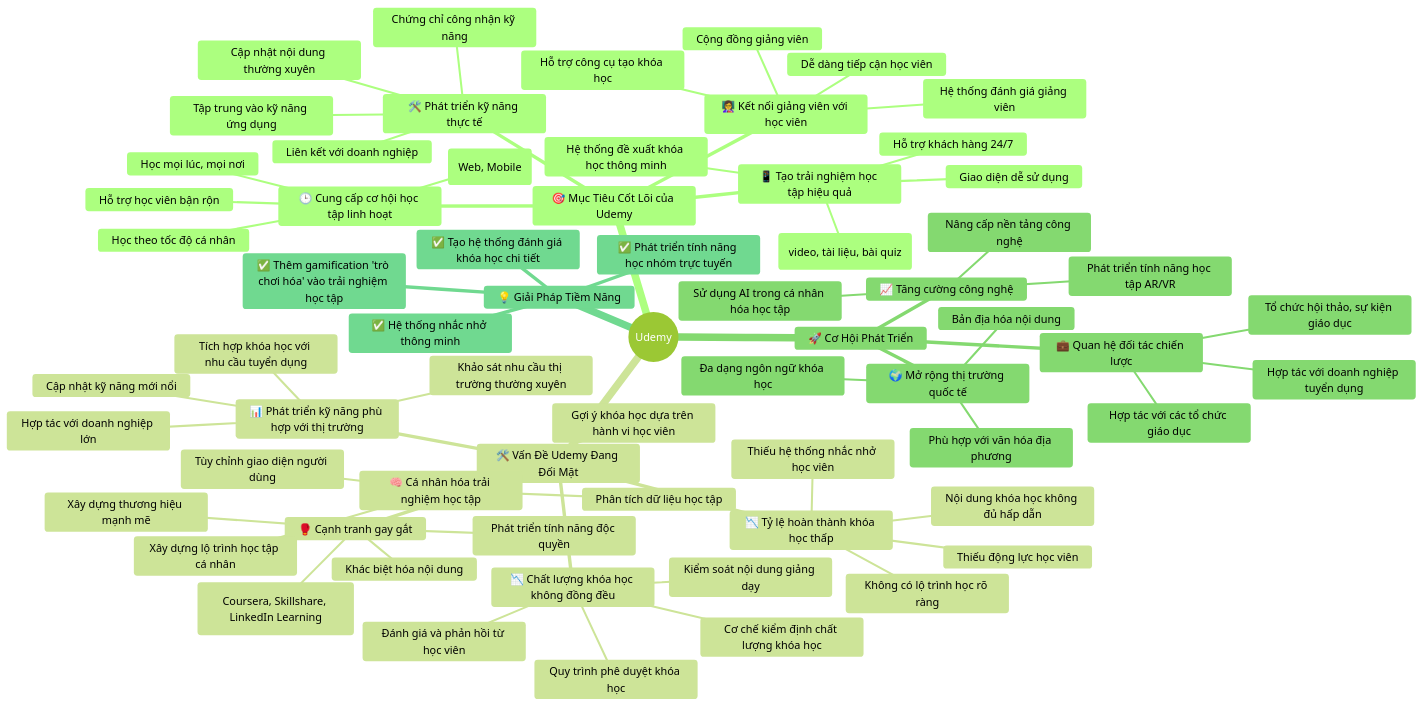
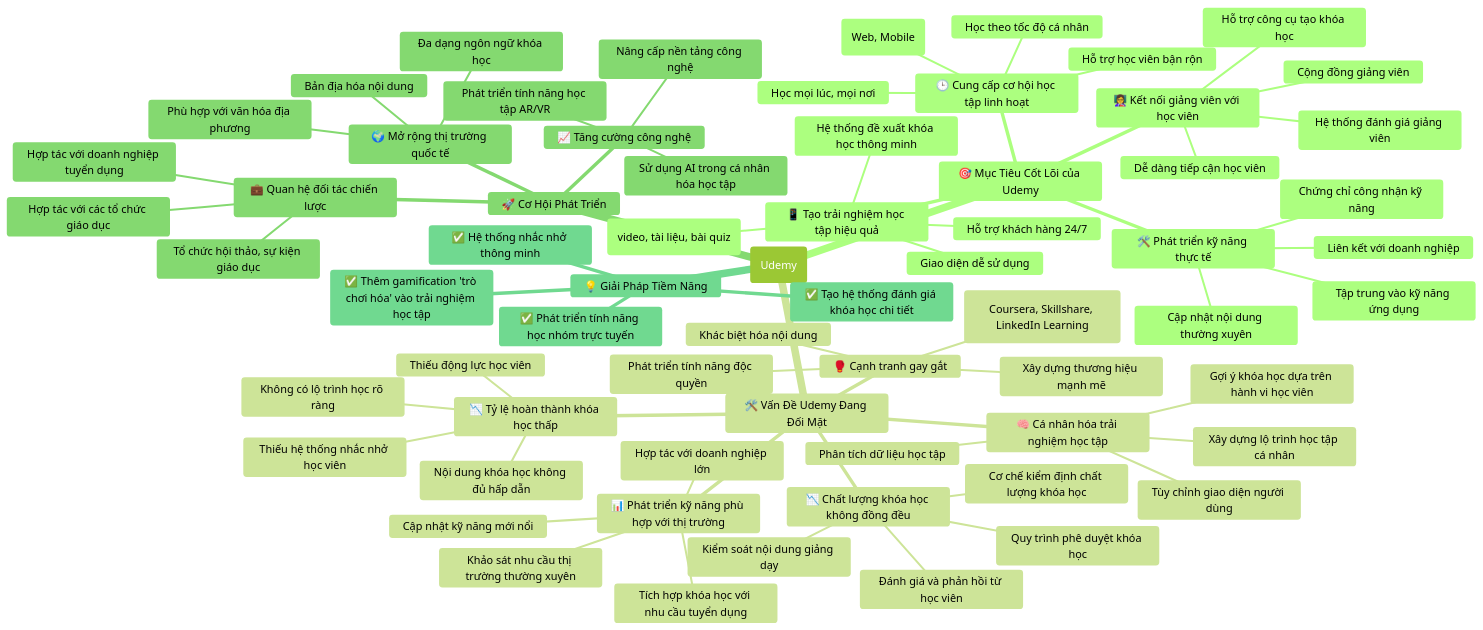
The diagram in docs/designsprintkit/03-Udemy/sprint-01/01-Understand.mmd (qtvhao/quickcurl), drawn with Mermaid (forest theme) before and after one commit. The commit also changed 22 other files, not shown here.

Commit message:
Enhance problem framing documentation with improved examples and add root cause analysis flowcharts

```diff
--- a/docs/designsprintkit/03-Udemy/sprint-01/01-Understand.mmd
+++ b/docs/designsprintkit/03-Udemy/sprint-01/01-Understand.mmd
@@ -1,71 +1,71 @@
 mindmap
-  root((Udemy))
+  root(Udemy)
 
     🎯 Mục Tiêu Cốt Lõi của Udemy
       🕒 Cung cấp cơ hội học tập linh hoạt
         Học mọi lúc, mọi nơi
         Truy cập đa nền tảng (Web, Mobile)
         Học theo tốc độ cá nhân
         Hỗ trợ học viên bận rộn
       👩‍🏫 Kết nối giảng viên với học viên
         Hỗ trợ công cụ tạo khóa học
         Hệ thống đánh giá giảng viên
         Cộng đồng giảng viên
         Dễ dàng tiếp cận học viên
       🛠️ Phát triển kỹ năng thực tế
         Tập trung vào kỹ năng ứng dụng
         Cập nhật nội dung thường xuyên
         Liên kết với doanh nghiệp
         Chứng chỉ công nhận kỹ năng
       📱 Tạo trải nghiệm học tập hiệu quả
         Giao diện dễ sử dụng
         Hệ thống đề xuất khóa học thông minh
         Đa dạng phương pháp giảng dạy (video, tài liệu, bài quiz)
         Hỗ trợ khách hàng 24/7
 
     🛠️ Vấn Đề Udemy Đang Đối Mặt
       📉 Chất lượng khóa học không đồng đều
         Kiểm soát nội dung giảng dạy
         Đánh giá và phản hồi từ học viên
         Cơ chế kiểm định chất lượng khóa học
         Quy trình phê duyệt khóa học
       🥊 Cạnh tranh gay gắt
         Đối thủ lớn (Coursera, Skillshare, LinkedIn Learning)
         Khác biệt hóa nội dung
         Phát triển tính năng độc quyền
         Xây dựng thương hiệu mạnh mẽ
       📉 Tỷ lệ hoàn thành khóa học thấp
         Thiếu động lực học viên
         Nội dung khóa học không đủ hấp dẫn
         Không có lộ trình học rõ ràng
         Thiếu hệ thống nhắc nhở học viên
       🧠 Cá nhân hóa trải nghiệm học tập
         Gợi ý khóa học dựa trên hành vi học viên
         Phân tích dữ liệu học tập
         Xây dựng lộ trình học tập cá nhân
         Tùy chỉnh giao diện người dùng
       📊 Phát triển kỹ năng phù hợp với thị trường
         Cập nhật kỹ năng mới nổi
         Hợp tác với doanh nghiệp lớn
         Khảo sát nhu cầu thị trường thường xuyên
         Tích hợp khóa học với nhu cầu tuyển dụng
 
     🚀 Cơ Hội Phát Triển
       🌍 Mở rộng thị trường quốc tế
         Bản địa hóa nội dung
         Đa dạng ngôn ngữ khóa học
         Phù hợp với văn hóa địa phương
       📈 Tăng cường công nghệ
         Sử dụng AI trong cá nhân hóa học tập
         Phát triển tính năng học tập AR/VR
         Nâng cấp nền tảng công nghệ
       💼 Quan hệ đối tác chiến lược
         Hợp tác với các tổ chức giáo dục
         Hợp tác với doanh nghiệp tuyển dụng
         Tổ chức hội thảo, sự kiện giáo dục
 
     💡 Giải Pháp Tiềm Năng
       ✅ Tạo hệ thống đánh giá khóa học chi tiết
       ✅ Phát triển tính năng học nhóm trực tuyến
       ✅ Thêm gamification 'trò chơi hóa' vào trải nghiệm học tập
       ✅ Hệ thống nhắc nhở thông minh
```
